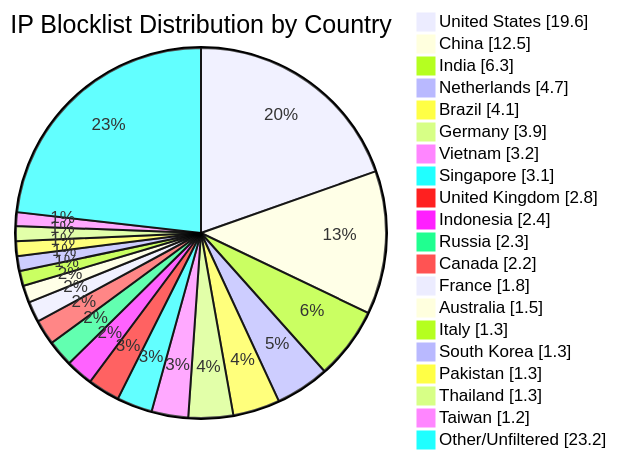
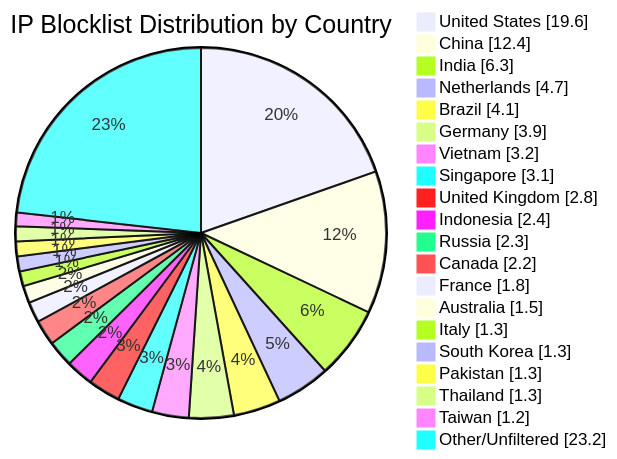
One commit to dewdmadbro/ip-blocklist-dewd changed the diagram in README.md. Above: the diagram before and after it, drawn with Mermaid. The commit also changed other lines of this file and 53 other files, not shown here.

````diff
--- a/README.md
+++ b/README.md
@@ -34,23 +34,23 @@
 ```mermaid
 pie showData title IP Blocklist Distribution by Country
 "United States" : 19.6
-"China" : 12.5
+"China" : 12.4
 "India" : 6.3
 "Netherlands" : 4.7
 "Brazil" : 4.1
 "Germany" : 3.9
 "Vietnam" : 3.2
 "Singapore" : 3.1
 "United Kingdom" : 2.8
 "Indonesia" : 2.4
 "Russia" : 2.3
 "Canada" : 2.2
 "France" : 1.8
 "Australia" : 1.5
 "Italy" : 1.3
 "South Korea" : 1.3
 "Pakistan" : 1.3
 "Thailand" : 1.3
 "Taiwan" : 1.2
 "Other/Unfiltered" : 23.2
 ```
````
